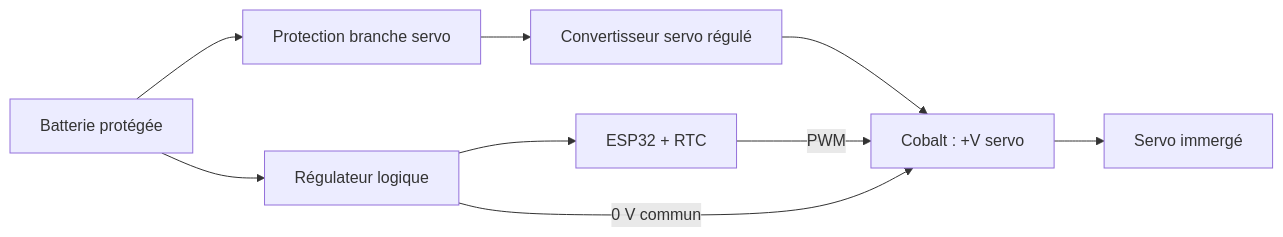
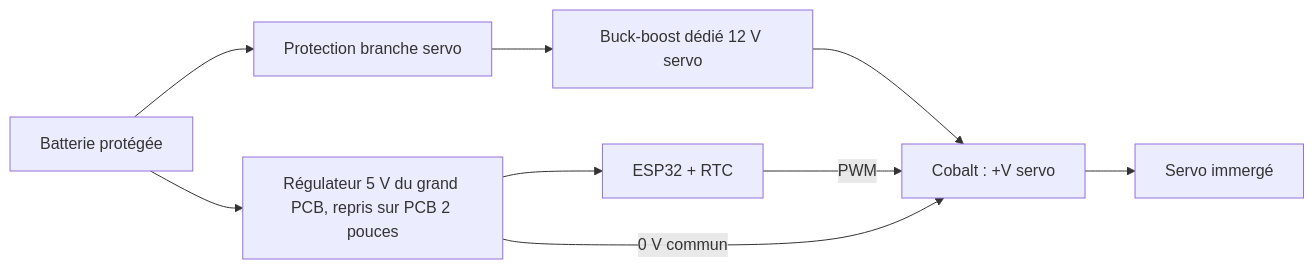
Before and after one commit to Dronego/MwambaWiper: the second of 2 diagrams in mechanical/SCHEMA_CONCEPTUEL.md, drawn with Mermaid. The commit also changed other lines of this file, not shown here.

Commit message:
Reflect 5V logic and dedicated servo power rails

````diff
--- a/mechanical/SCHEMA_CONCEPTUEL.md
+++ b/mechanical/SCHEMA_CONCEPTUEL.md
@@ -53,11 +53,11 @@
 ```mermaid
 flowchart LR
     BAT["Batterie protégée"] --> F["Protection branche servo"]
-    F --> DC["Convertisseur servo régulé"]
+    F --> DC["Buck-boost dédié 12 V servo"]
     DC --> CB["Cobalt : +V servo"]
-    BAT --> DCL["Régulateur logique"]
+    BAT --> DCL["Régulateur 5 V du grand PCB, repris sur PCB 2 pouces"]
     DCL --> MCU["ESP32 + RTC"]
     MCU -->|PWM| CB
     DCL -->|0 V commun| CB
     CB --> SERVO["Servo immergé"]
 ```
````
